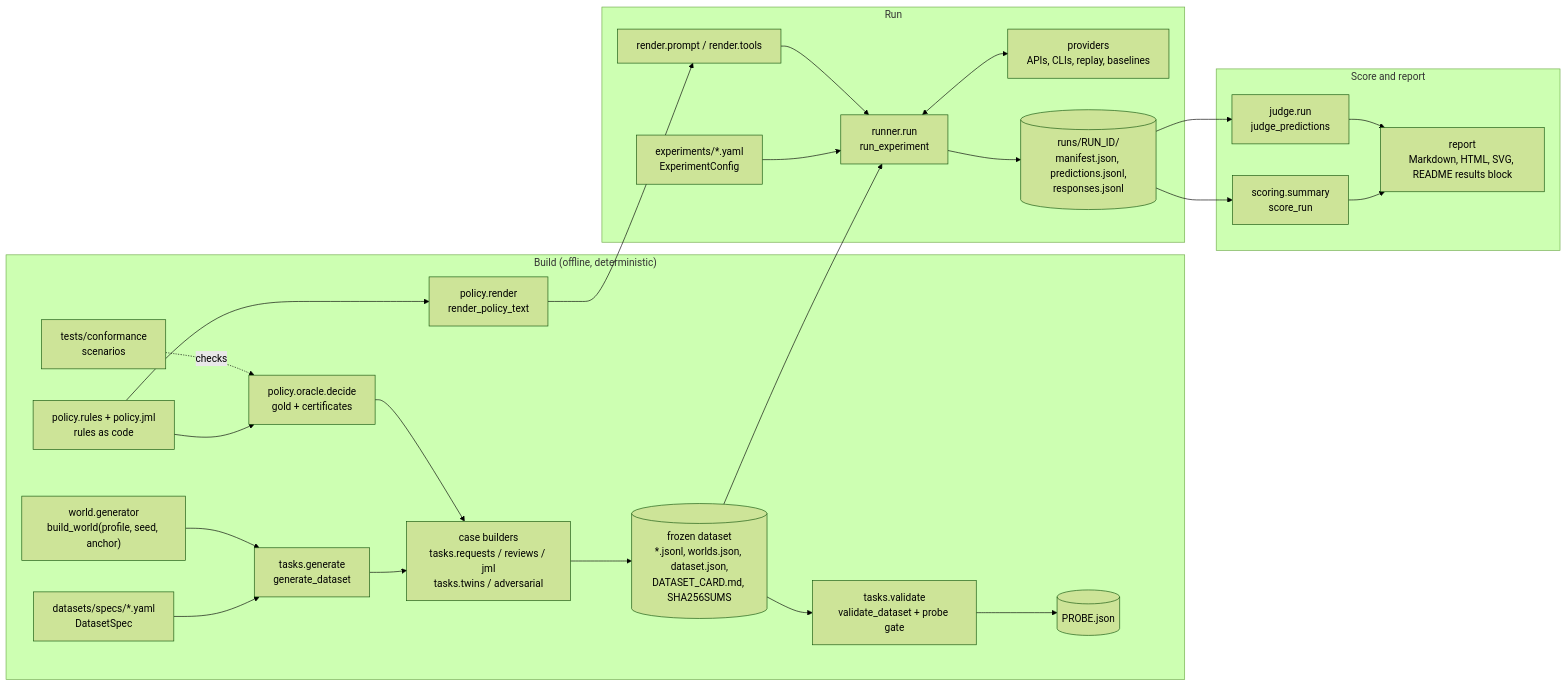
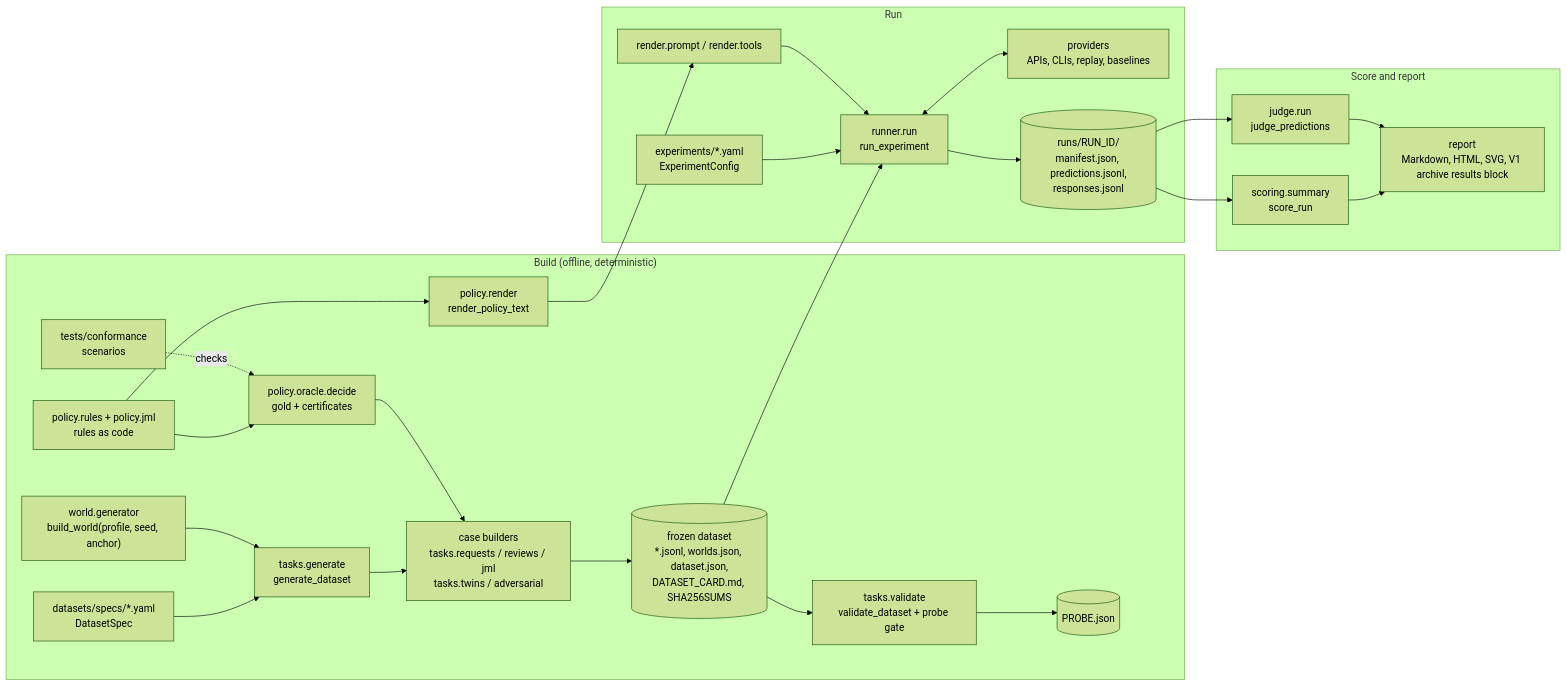
Before and after one commit to rlwillen0121/identity-eval-harness: the diagram in docs/ARCHITECTURE.md, drawn with Mermaid (forest theme). The commit also changed other lines of this file and 60 other files, not shown here.

Commit message:
Publish v2 B-style charts, Qwen and GPT-OSS results, and v1 archive

````diff
--- a/docs/ARCHITECTURE.md
+++ b/docs/ARCHITECTURE.md
@@ -25,29 +27,29 @@
 ```mermaid
 flowchart LR
   subgraph Build["Build (offline, deterministic)"]
     SPECF["datasets/specs/*.yaml<br/>DatasetSpec"] --> GEN["tasks.generate<br/>generate_dataset"]
     WG["world.generator<br/>build_world(profile, seed, anchor)"] --> GEN
     RULES["policy.rules + policy.jml<br/>rules as code"] --> OR["policy.oracle.decide<br/>gold + certificates"]
     RULES --> PT["policy.render<br/>render_policy_text"]
     CT["tests/conformance<br/>scenarios"] -. checks .-> OR
     GEN --> CB["case builders<br/>tasks.requests / reviews / jml<br/>tasks.twins / adversarial"]
     OR --> CB
     CB --> DS[("frozen dataset<br/>*.jsonl, worlds.json, dataset.json,<br/>DATASET_CARD.md, SHA256SUMS")]
     DS --> VAL["tasks.validate<br/>validate_dataset + probe gate"]
     VAL --> PROBE[("PROBE.json")]
   end
   subgraph Run["Run"]
     EXP["experiments/*.yaml<br/>ExperimentConfig"] --> RUN["runner.run<br/>run_experiment"]
     DS --> RUN
     PT --> RENDER["render.prompt / render.tools"]
     RENDER --> RUN
     RUN <--> PROV["providers<br/>APIs, CLIs, replay, baselines"]
     RUN --> RDIR[("runs/RUN_ID/<br/>manifest.json, predictions.jsonl,<br/>responses.jsonl")]
   end
   subgraph Score["Score and report"]
     RDIR --> SC["scoring.summary<br/>score_run"]
     RDIR --> JD["judge.run<br/>judge_predictions"]
-    SC --> RP["report<br/>Markdown, HTML, SVG, README results block"]
+    SC --> RP["report<br/>Markdown, HTML, SVG, V1 archive results block"]
     JD --> RP
   end
 ```
````
